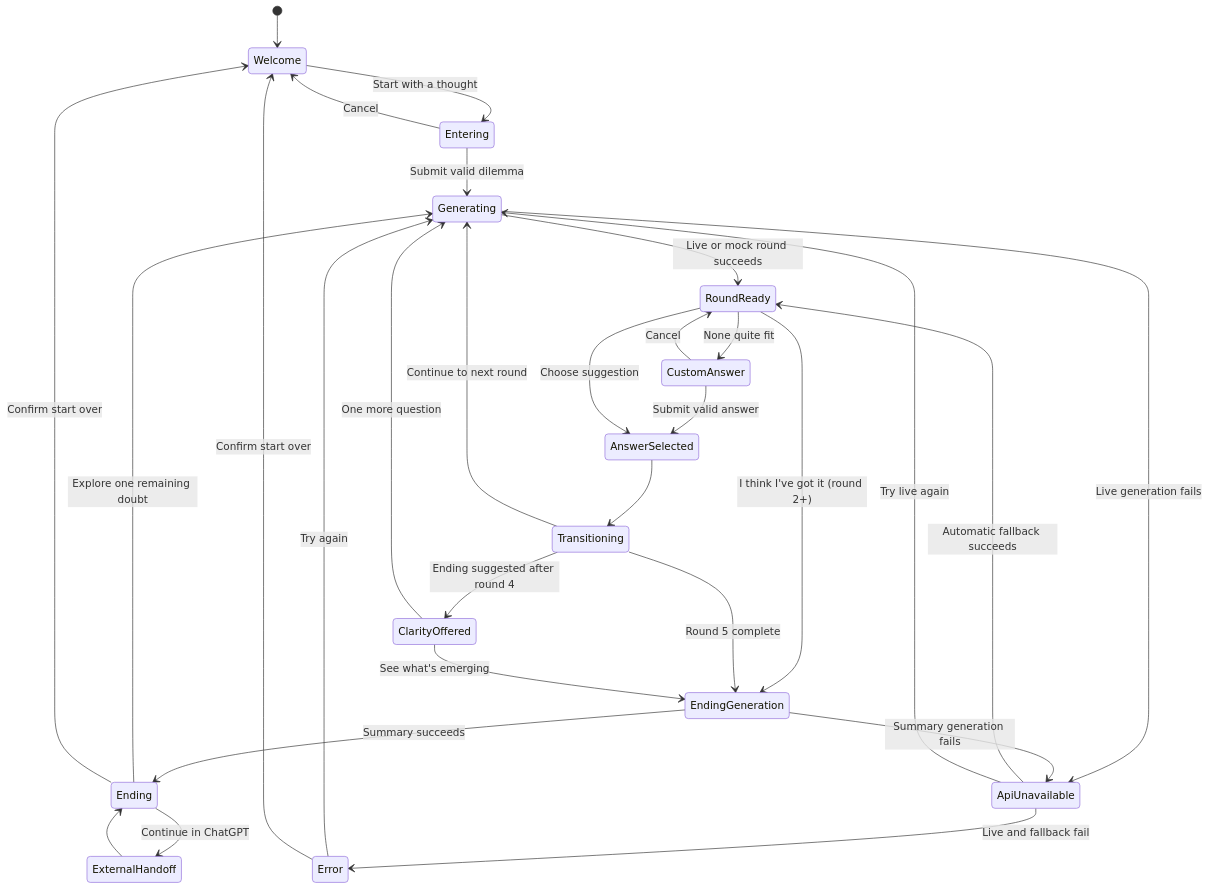
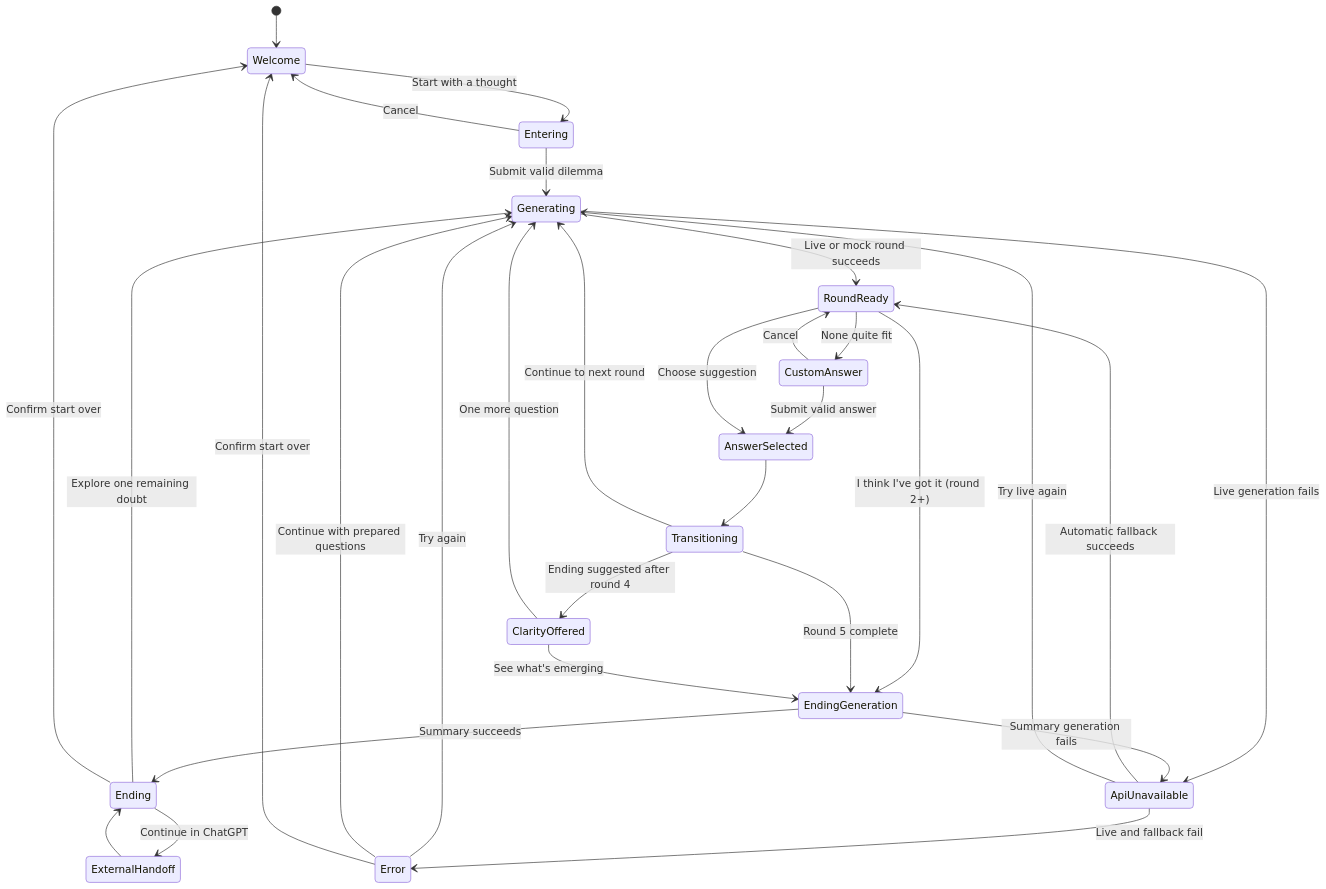
One commit to jotaefejota/hmm changed the diagram in docs/02-experience-design.md. Above: the diagram before and after it, drawn with Mermaid. The commit also changed other lines of this file and 14 other files, not shown here.

````diff
--- a/docs/02-experience-design.md
+++ b/docs/02-experience-design.md
@@ -236,37 +238,38 @@
 ```mermaid
 stateDiagram-v2
     [*] --> Welcome
     Welcome --> Entering: Start with a thought
     Entering --> Welcome: Cancel
     Entering --> Generating: Submit valid dilemma
 
     Generating --> RoundReady: Live or mock round succeeds
     Generating --> ApiUnavailable: Live generation fails
     ApiUnavailable --> RoundReady: Automatic fallback succeeds
     ApiUnavailable --> Generating: Try live again
     ApiUnavailable --> Error: Live and fallback fail
 
     RoundReady --> CustomAnswer: None quite fit
     CustomAnswer --> RoundReady: Cancel
     CustomAnswer --> AnswerSelected: Submit valid answer
     RoundReady --> AnswerSelected: Choose suggestion
     RoundReady --> EndingGeneration: I think I've got it (round 2+)
 
     AnswerSelected --> Transitioning
     Transitioning --> ClarityOffered: Ending suggested after round 4
     Transitioning --> EndingGeneration: Round 5 complete
     Transitioning --> Generating: Continue to next round
 
     ClarityOffered --> EndingGeneration: See what's emerging
     ClarityOffered --> Generating: One more question
 
     EndingGeneration --> Ending: Summary succeeds
     EndingGeneration --> ApiUnavailable: Summary generation fails
     Ending --> Generating: Explore one remaining doubt
     Ending --> Welcome: Confirm start over
     Ending --> ExternalHandoff: Continue in ChatGPT
     ExternalHandoff --> Ending
 
     Error --> Generating: Try again
+    Error --> Generating: Continue with prepared questions
     Error --> Welcome: Confirm start over
 ```
````
